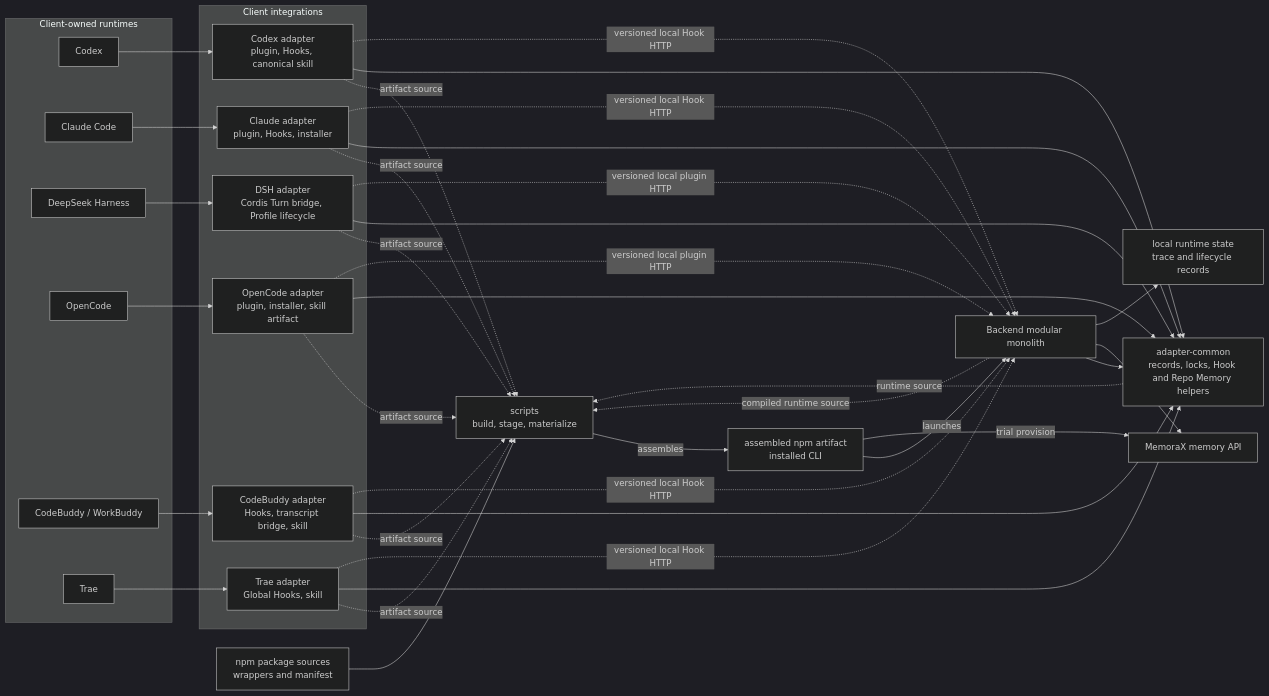
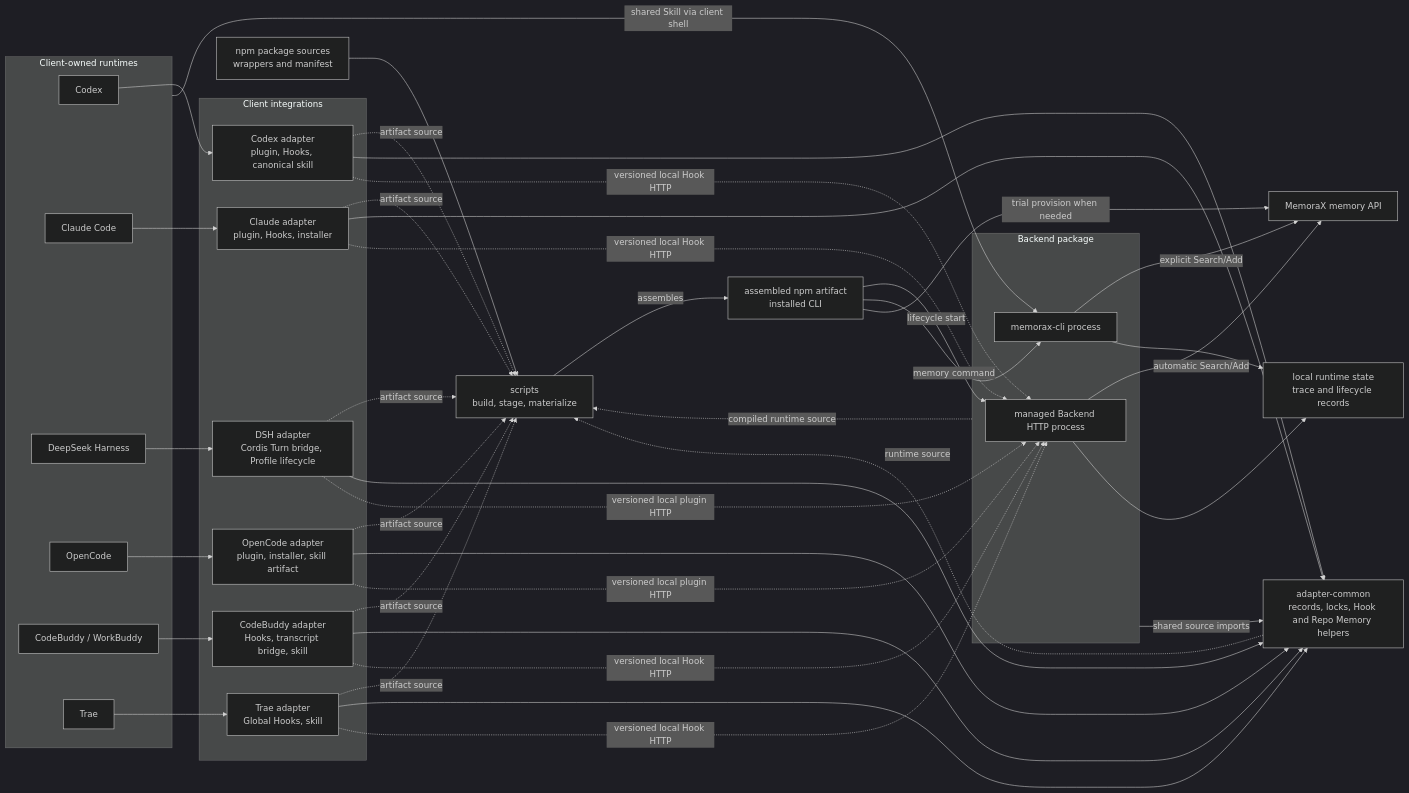
The first of 7 diagrams in ARCHITECTURE.md (SimonEskildse/memorax-code), drawn with Mermaid (dark theme) before and after one commit. The commit also changed other lines of this file and 4 other files, not shown here.

Commit message:
docs:(architecture) align runtime contracts and diagrams with implementation

````diff
--- a/ARCHITECTURE.md
+++ b/ARCHITECTURE.md
@@ -41,65 +41,72 @@
 ```mermaid
 flowchart LR
   subgraph Clients["Client-owned runtimes"]
     Codex["Codex"]
     Claude["Claude Code"]
     DSH["DeepSeek Harness"]
     OpenCode["OpenCode"]
     CodeBuddy["CodeBuddy / WorkBuddy"]
     Trae["Trae"]
   end
 
   subgraph Adapters["Client integrations"]
     CodexAdapter["Codex adapter<br/>plugin, Hooks, canonical skill"]
     ClaudeAdapter["Claude adapter<br/>plugin, Hooks, installer"]
     DshAdapter["DSH adapter<br/>Cordis Turn bridge, Profile lifecycle"]
     OpenCodeAdapter["OpenCode adapter<br/>plugin, installer, skill artifact"]
     CodeBuddyAdapter["CodeBuddy adapter<br/>Hooks, transcript bridge, skill"]
     TraeAdapter["Trae adapter<br/>Global Hooks, skill"]
   end
 
   Common["adapter-common<br/>records, locks, Hook and Repo Memory helpers"]
-  Backend["Backend modular monolith"]
+  subgraph Backend["Backend package"]
+    Service["managed Backend HTTP process"]
+    MemoryCLI["memorax-cli process"]
+  end
   Npm["npm package sources<br/>wrappers and manifest"]
   Build["scripts<br/>build, stage, materialize"]
   Artifact["assembled npm artifact<br/>installed CLI"]
   MemoraX["MemoraX memory API"]
   Local["local runtime state<br/>trace and lifecycle records"]
 
   Npm --> Build
   Backend -. "compiled runtime source" .-> Build
   Common -. "runtime source" .-> Build
   CodexAdapter -. "artifact source" .-> Build
   ClaudeAdapter -. "artifact source" .-> Build
   DshAdapter -. "artifact source" .-> Build
   OpenCodeAdapter -. "artifact source" .-> Build
   CodeBuddyAdapter -. "artifact source" .-> Build
   TraeAdapter -. "artifact source" .-> Build
   Build -->|"assembles"| Artifact
-  Artifact -->|"launches"| Backend
-  Artifact -->|"trial provision"| MemoraX
+  Artifact -->|"lifecycle start"| Service
+  Artifact -->|"memory command"| MemoryCLI
+  Artifact -->|"trial provision when needed"| MemoraX
 
-  Backend --> Common
+  Backend -->|"shared source imports"| Common
   CodexAdapter --> Common
   ClaudeAdapter --> Common
   DshAdapter --> Common
   OpenCodeAdapter --> Common
   CodeBuddyAdapter --> Common
   TraeAdapter --> Common
 
   Codex --> CodexAdapter
   Claude --> ClaudeAdapter
   DSH --> DshAdapter
   OpenCode --> OpenCodeAdapter
   CodeBuddy --> CodeBuddyAdapter
   Trae --> TraeAdapter
-  CodexAdapter -. "versioned local Hook HTTP" .-> Backend
-  ClaudeAdapter -. "versioned local Hook HTTP" .-> Backend
-  DshAdapter -. "versioned local plugin HTTP" .-> Backend
-  OpenCodeAdapter -. "versioned local plugin HTTP" .-> Backend
-  CodeBuddyAdapter -. "versioned local Hook HTTP" .-> Backend
-  TraeAdapter -. "versioned local Hook HTTP" .-> Backend
+  CodexAdapter -. "versioned local Hook HTTP" .-> Service
+  ClaudeAdapter -. "versioned local Hook HTTP" .-> Service
+  DshAdapter -. "versioned local plugin HTTP" .-> Service
+  OpenCodeAdapter -. "versioned local plugin HTTP" .-> Service
+  CodeBuddyAdapter -. "versioned local Hook HTTP" .-> Service
+  TraeAdapter -. "versioned local Hook HTTP" .-> Service
 
-  Backend --> MemoraX
-  Backend --> Local
+  Clients -->|"shared Skill via client shell"| MemoryCLI
+  Service -->|"automatic Search/Add"| MemoraX
+  MemoryCLI -->|"explicit Search/Add"| MemoraX
+  Service --> Local
+  MemoryCLI --> Local
 ```
````
